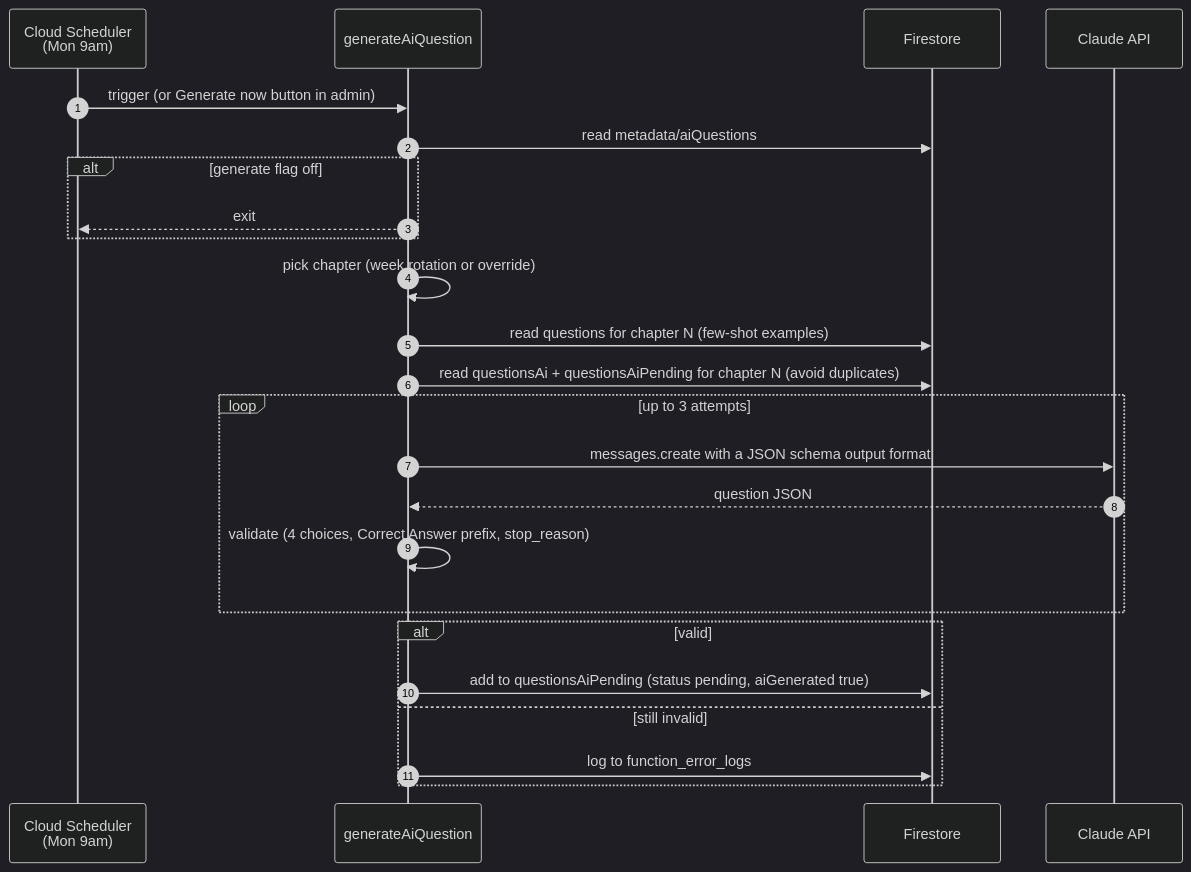
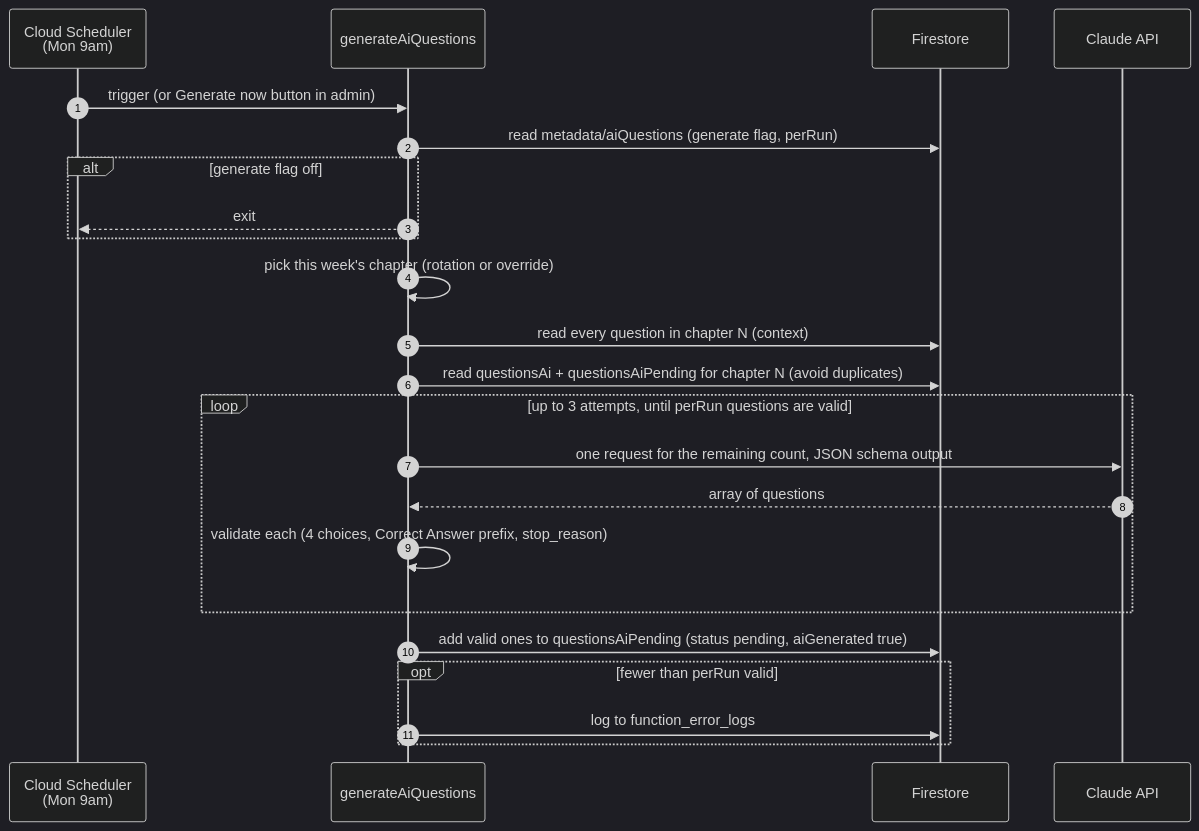
One commit to alexmcdermid/real-estate-quest-ai-gen changed the third of 3 diagrams in docs/ai-question-flow.md. Above: the diagram before and after it, drawn with Mermaid (dark theme). The commit also changed other lines of this file, not shown here.

First line of the commit message:
docs: record decisions on AI question volume and review

````diff
--- a/docs/ai-question-flow.md
+++ b/docs/ai-question-flow.md
@@ -92,27 +92,26 @@
 ```mermaid
 sequenceDiagram
   autonumber
   participant S as Cloud Scheduler<br/>(Mon 9am)
-  participant G as generateAiQuestion
+  participant G as generateAiQuestions
   participant F as Firestore
   participant C as Claude API
 
   S->>G: trigger (or Generate now button in admin)
-  G->>F: read metadata/aiQuestions
+  G->>F: read metadata/aiQuestions (generate flag, perRun)
   alt generate flag off
     G-->>S: exit
   end
-  G->>G: pick chapter (week rotation or override)
-  G->>F: read questions for chapter N (few-shot examples)
+  G->>G: pick this week's chapter (rotation or override)
+  G->>F: read every question in chapter N (context)
   G->>F: read questionsAi + questionsAiPending for chapter N (avoid duplicates)
-  loop up to 3 attempts
-    G->>C: messages.create with a JSON schema output format
-    C-->>G: question JSON
-    G->>G: validate (4 choices, Correct Answer prefix, stop_reason)
+  loop up to 3 attempts, until perRun questions are valid
+    G->>C: one request for the remaining count, JSON schema output
+    C-->>G: array of questions
+    G->>G: validate each (4 choices, Correct Answer prefix, stop_reason)
   end
-  alt valid
-    G->>F: add to questionsAiPending (status pending, aiGenerated true)
-  else still invalid
+  G->>F: add valid ones to questionsAiPending (status pending, aiGenerated true)
+  opt fewer than perRun valid
     G->>F: log to function_error_logs
   end
 ```
````
